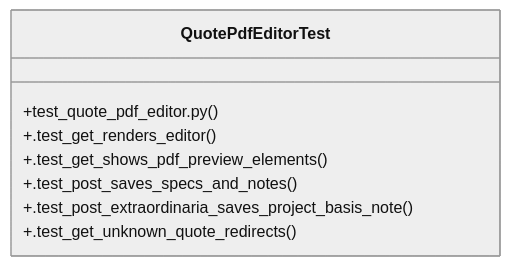
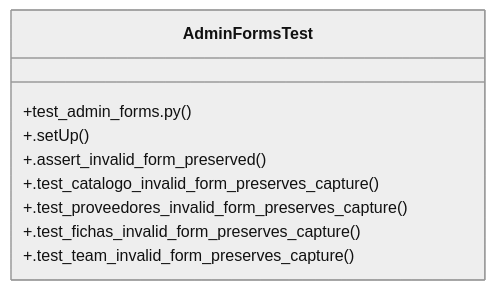
One commit to Daftrick/ProjectTracker changed the diagram in graphify-out/wiki/Community_28.md. Above: the diagram before and after it, drawn with Mermaid (neutral theme). The commit also changed other lines of this file and 373 other files, not shown here.

````diff
--- a/graphify-out/wiki/Community_28.md
+++ b/graphify-out/wiki/Community_28.md
@@ -19,11 +18,12 @@
 ```mermaid
 classDiagram
-    class QuotePdfEditorTest {
-        +test_quote_pdf_editor.py()
-        +.test_get_renders_editor()
-        +.test_get_shows_pdf_preview_elements()
-        +.test_post_saves_specs_and_notes()
-        +.test_post_extraordinaria_saves_project_basis_note()
-        +.test_get_unknown_quote_redirects()
+    class AdminFormsTest {
+        +test_admin_forms.py()
+        +.setUp()
+        +.assert_invalid_form_preserved()
+        +.test_catalogo_invalid_form_preserves_capture()
+        +.test_proveedores_invalid_form_preserves_capture()
+        +.test_fichas_invalid_form_preserves_capture()
+        +.test_team_invalid_form_preserves_capture()
     }
 ```
````
